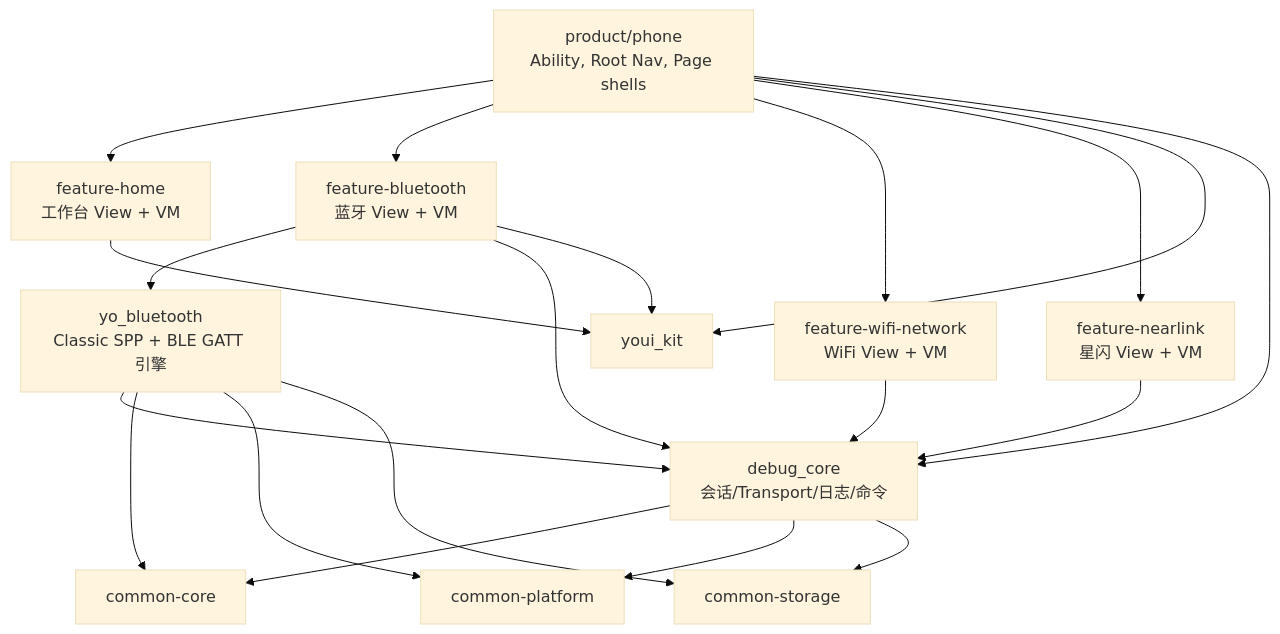
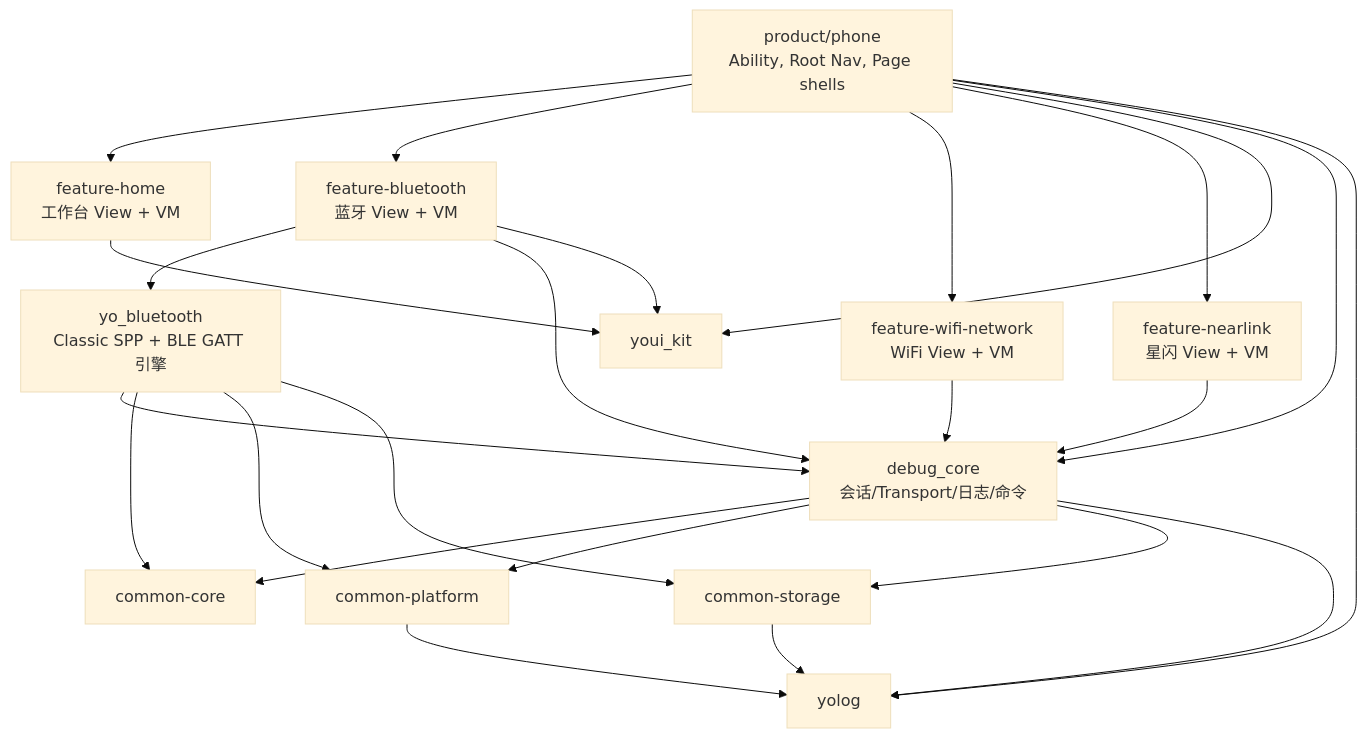
The diagram in .projectark/5-架构设计/无线调试工具/00-总体架构与工程模块化设计.md (yohurm/HarmonyOS-YoWireTools), drawn with Mermaid (base theme) before and after one commit. The commit also changed other lines of this file and 66 other files, not shown here.

````diff
--- a/.projectark/5-架构设计/无线调试工具/00-总体架构与工程模块化设计.md
+++ b/.projectark/5-架构设计/无线调试工具/00-总体架构与工程模块化设计.md
@@ -61,36 +61,41 @@
 ```mermaid
 flowchart TB
   Product["product/phone<br/>Ability, Root Nav, Page shells"]
 
   Home["feature-home<br/>工作台 View + VM"]
   Bt["feature-bluetooth<br/>蓝牙 View + VM"]
   Wifi["feature-wifi-network<br/>WiFi View + VM"]
   Nl["feature-nearlink<br/>星闪 View + VM"]
 
   YoBt["yo_bluetooth<br/>Classic SPP + BLE GATT 引擎"]
   DebugCore["debug_core<br/>会话/Transport/日志/命令"]
   CommonCore["common-core"]
+  YoLog["yolog"]
   YouiKit["youi_kit"]
   CommonPlatform["common-platform"]
   CommonStorage["common-storage"]
 
   Product --> Home
   Product --> Bt
   Product --> Wifi
   Product --> Nl
   Product --> YouiKit
   Product --> DebugCore
+  Product --> YoLog
   Bt --> YoBt
   Bt --> DebugCore
   Wifi --> DebugCore
   Nl --> DebugCore
   YoBt --> DebugCore
   YoBt --> CommonCore
   YoBt --> CommonPlatform
   YoBt --> CommonStorage
   DebugCore --> CommonCore
   DebugCore --> CommonPlatform
   DebugCore --> CommonStorage
+  DebugCore --> YoLog
+  CommonPlatform --> YoLog
+  CommonStorage --> YoLog
   Home --> YouiKit
   Bt --> YouiKit
 ```
````
